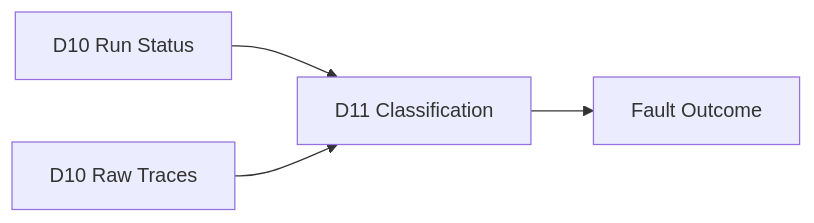
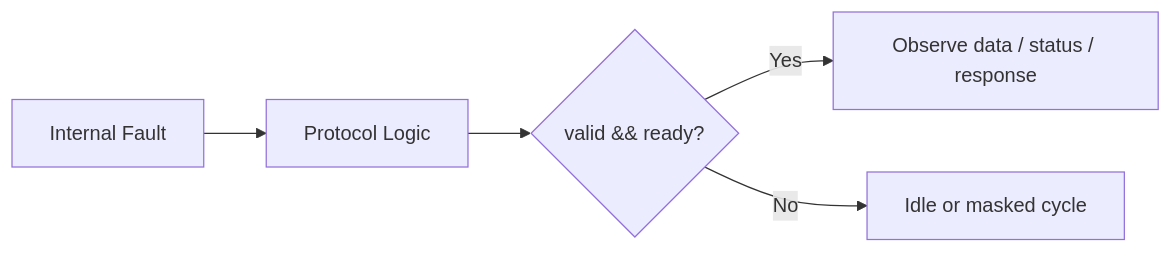
The sixth of 8 diagrams in articles/10_automotive_safeic_practice_d10_github_en_fault_campaign_execution.md (qiqixixi1001/automotive-safeic-practice), drawn with Mermaid before and after one commit. The commit also changed other lines of this file, not shown here.

````diff
--- a/articles/10_automotive_safeic_practice_d10_github_en_fault_campaign_execution.md
+++ b/articles/10_automotive_safeic_practice_d10_github_en_fault_campaign_execution.md
@@ -569,6 +545,7 @@
 ```mermaid
 flowchart LR
-    A[D10 Run Status] --> C[D11 Classification]
-    B[D10 Raw Traces] --> C
-    C --> D[Fault Outcome]
+    A[Internal Fault] --> B[Protocol Logic]
+    B --> C{valid && ready?}
+    C -- Yes --> D[Observe data / status / response]
+    C -- No --> E[Idle or masked cycle]
 ```
````
